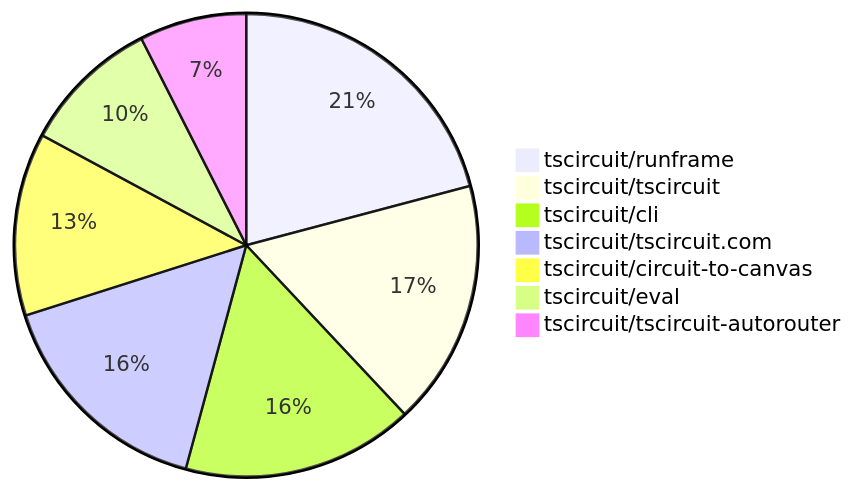
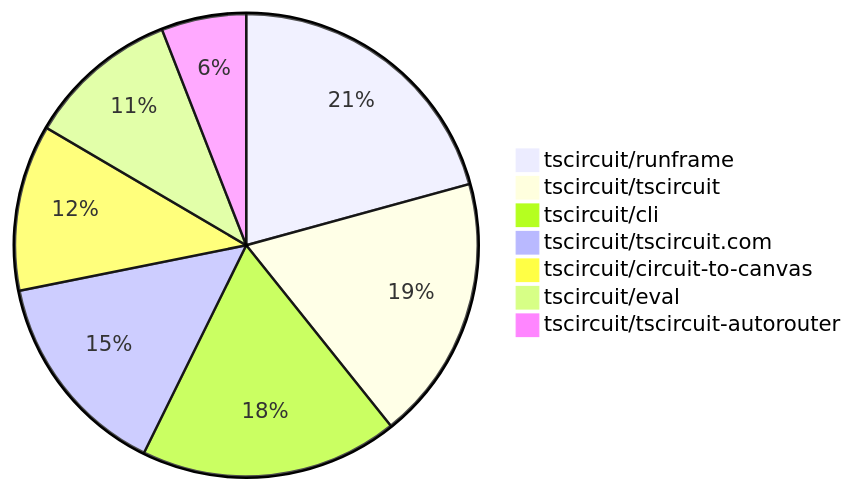
Before and after one commit to tscircuit/contribution-tracker: the second of 2 diagrams in README.md, drawn with Mermaid. The commit also changed other lines of this file and 3 other files, not shown here.

````diff
--- a/README.md
+++ b/README.md
@@ -126,10 +128,10 @@
 ```mermaid
 pie
-    "tscircuit/runframe" : 67
-    "tscircuit/tscircuit" : 55
-    "tscircuit/cli" : 52
-    "tscircuit/tscircuit.com" : 51
-    "tscircuit/circuit-to-canvas" : 41
-    "tscircuit/eval" : 31
+    "tscircuit/runframe" : 84
+    "tscircuit/tscircuit" : 75
+    "tscircuit/cli" : 73
+    "tscircuit/tscircuit.com" : 59
+    "tscircuit/circuit-to-canvas" : 47
+    "tscircuit/eval" : 43
     "tscircuit/tscircuit-autorouter" : 24
 ```
````
